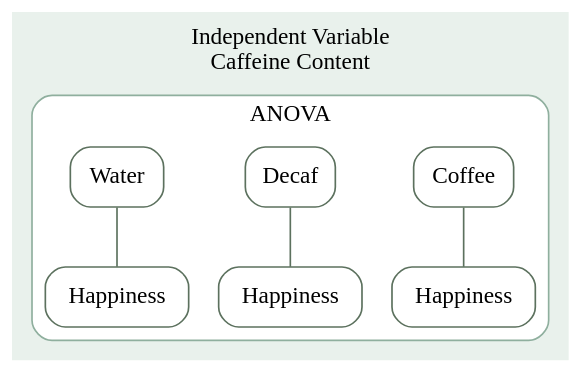
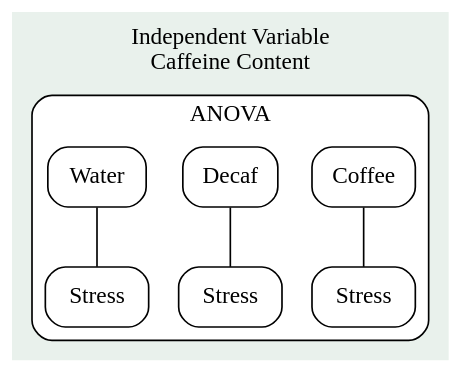
The third of 5 diagrams in lec12/lec12.qmd (DavidBrocker/348SlideDecks), drawn with Graphviz before and after one commit. The commit also changed other lines of this file and 2 other files, not shown here.

````diff
--- a/lec12/lec12.qmd
+++ b/lec12/lec12.qmd
@@ -183,27 +119,27 @@
 ```{dot}
 graph {
-  node[shape = box, style = "rounded,filled", fillcolor = "white", color = "#5C715E", fontname = "Fira Sans"]
-  edge[color = "#5C715E"]
+
+  node[shape = box, style = rounded]
   bgcolor="#E9F1EC"
   label="Independent Variable \nCaffeine Content"
   labelloc="t"
 
   subgraph cluster_anova {
     style = rounded
-    color = "#8FAF9E"
     label="ANOVA"
     bgcolor="white"
     Coffee_A [label="Coffee"]
     Decaf_A [label="Decaf"]
     Water [label="Water"]
-
-    Stress_A1[label="Happiness"]
-    Stress_A2[label="Happiness"]
-    Stress_A3[label="Happiness"]
-
+    
+    Stress_A1[label="Stress"]
+    Stress_A2[label="Stress"]
+    Stress_A3[label="Stress"]
+    
     Coffee_A -- Stress_A1
     Decaf_A -- Stress_A2
     Water -- Stress_A3
   }
+
 }
 ```
````
